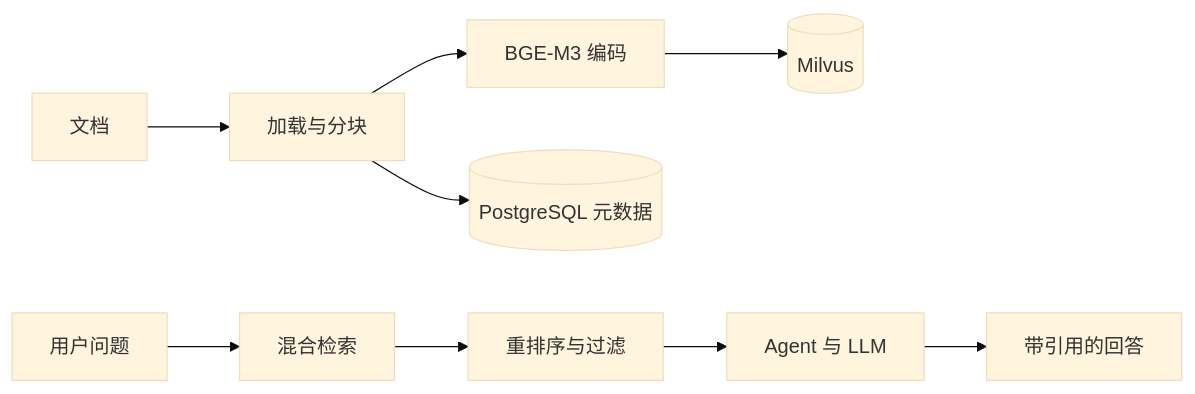
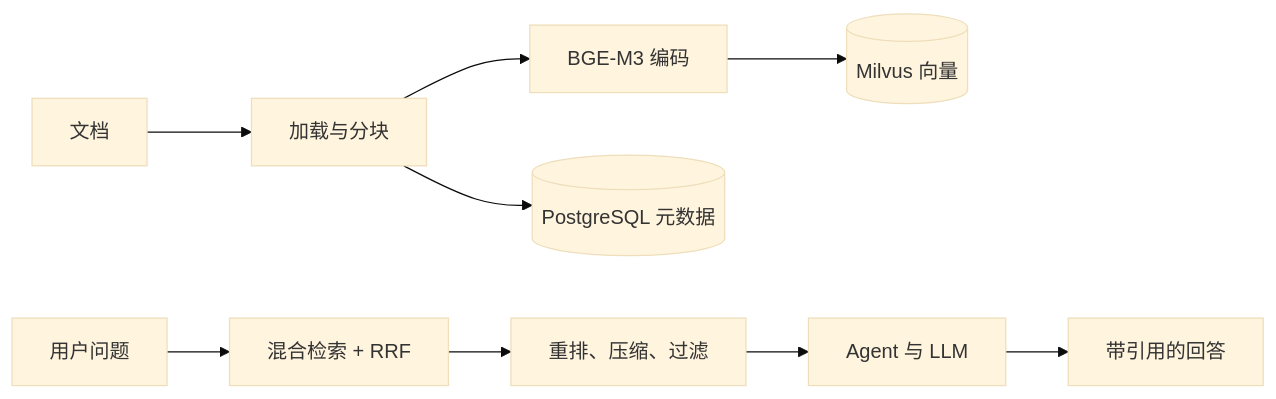
One commit to lg114/RagMate changed the diagram in README_zh.md. Above: the diagram before and after it, drawn with Mermaid (base theme). The commit also changed other lines of this file and 2 other files, not shown here.

````diff
--- a/README_zh.md
+++ b/README_zh.md
@@ -125,11 +180,11 @@
 ```mermaid
 flowchart LR
     D[文档] --> P[加载与分块]
     P --> E[BGE-M3 编码]
-    E --> V[(Milvus)]
+    E --> V[(Milvus 向量)]
     P --> M[(PostgreSQL 元数据)]
-    Q[用户问题] --> R[混合检索]
-    R --> RR[重排序与过滤]
+    Q[用户问题] --> R[混合检索 + RRF]
+    R --> RR[重排、压缩、过滤]
     RR --> A[Agent 与 LLM]
     A --> O[带引用的回答]
 ```
````
